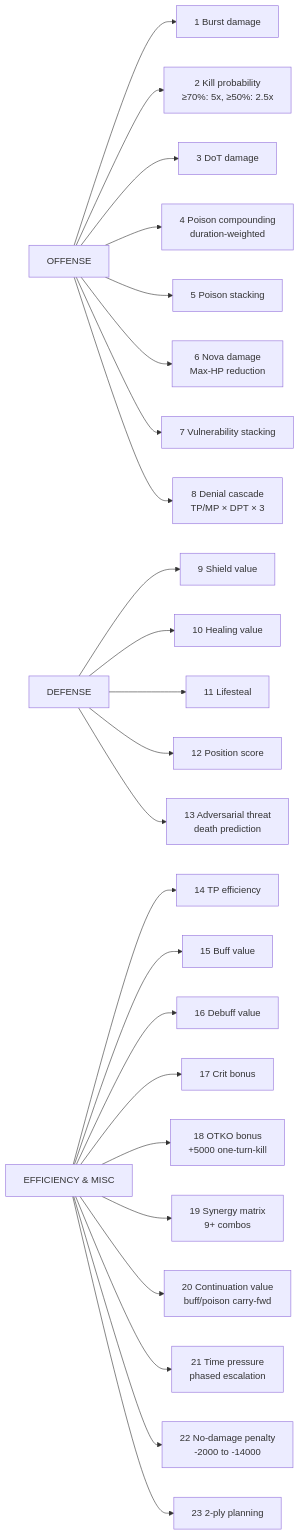
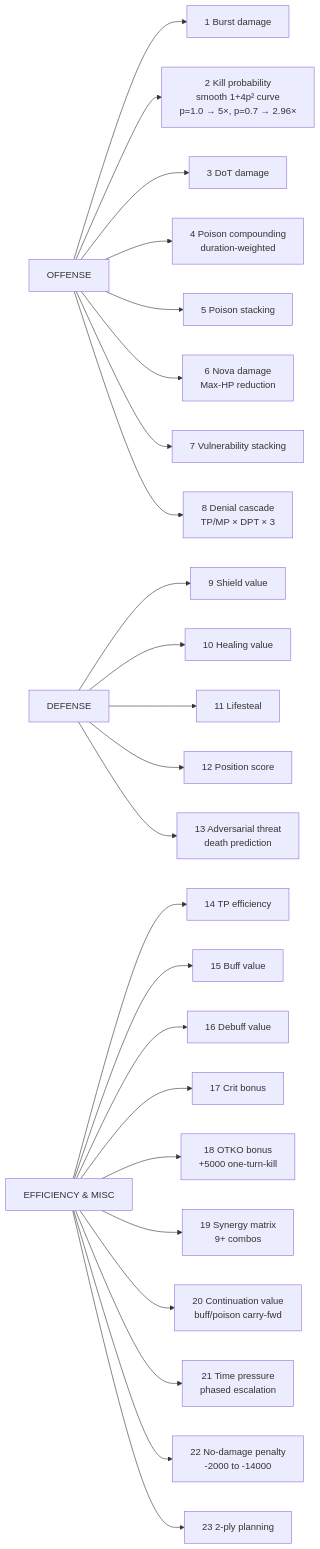
Before and after one commit to tankyx/LeekWars-AI: the fourth of 8 diagrams in docs/decision_schema.md, drawn with Mermaid. The commit also changed other lines of this file and 7 other files, not shown here.

````diff
--- a/docs/decision_schema.md
+++ b/docs/decision_schema.md
@@ -128,31 +131,31 @@
 ```mermaid
 flowchart LR
     OFF[OFFENSE]
     OFF --> O1[1 Burst damage]
-    OFF --> O2[2 Kill probability<br/>≥70%: 5x, ≥50%: 2.5x]
+    OFF --> O2[2 Kill probability<br/>smooth 1+4p² curve<br/>p=1.0 → 5×, p=0.7 → 2.96×]
     OFF --> O3[3 DoT damage]
     OFF --> O4[4 Poison compounding<br/>duration-weighted]
     OFF --> O5[5 Poison stacking]
     OFF --> O6[6 Nova damage<br/>Max-HP reduction]
     OFF --> O7[7 Vulnerability stacking]
     OFF --> O8[8 Denial cascade<br/>TP/MP × DPT × 3]
 
     DEF[DEFENSE]
     DEF --> D1[9 Shield value]
     DEF --> D2[10 Healing value]
     DEF --> D3[11 Lifesteal]
     DEF --> D4[12 Position score]
     DEF --> D5[13 Adversarial threat<br/>death prediction]
 
     EFF[EFFICIENCY & MISC]
     EFF --> E1[14 TP efficiency]
     EFF --> E2[15 Buff value]
     EFF --> E3[16 Debuff value]
     EFF --> E4[17 Crit bonus]
     EFF --> E5[18 OTKO bonus<br/>+5000 one-turn-kill]
     EFF --> E6[19 Synergy matrix<br/>9+ combos]
     EFF --> E7[20 Continuation value<br/>buff/poison carry-fwd]
     EFF --> E8[21 Time pressure<br/>phased escalation]
     EFF --> E9[22 No-damage penalty<br/>-2000 to -14000]
     EFF --> E10[23 2-ply planning]
 ```
````
